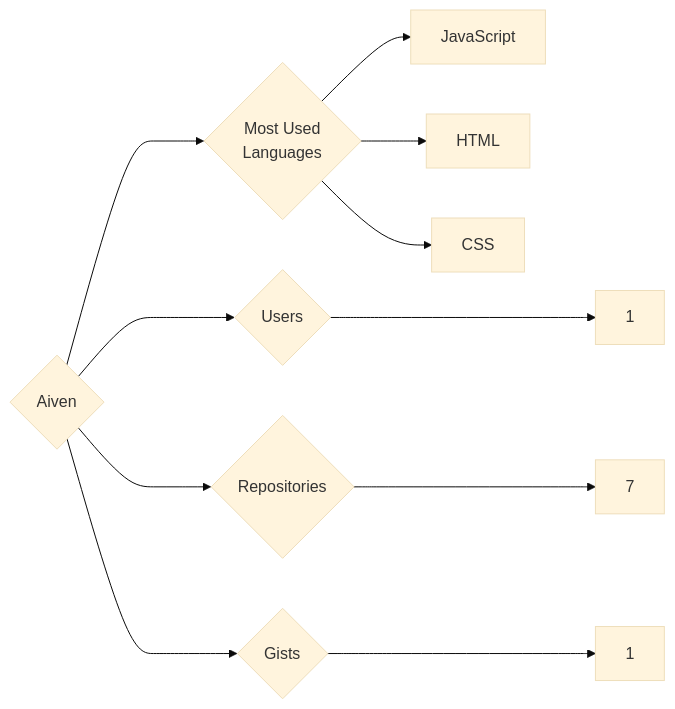
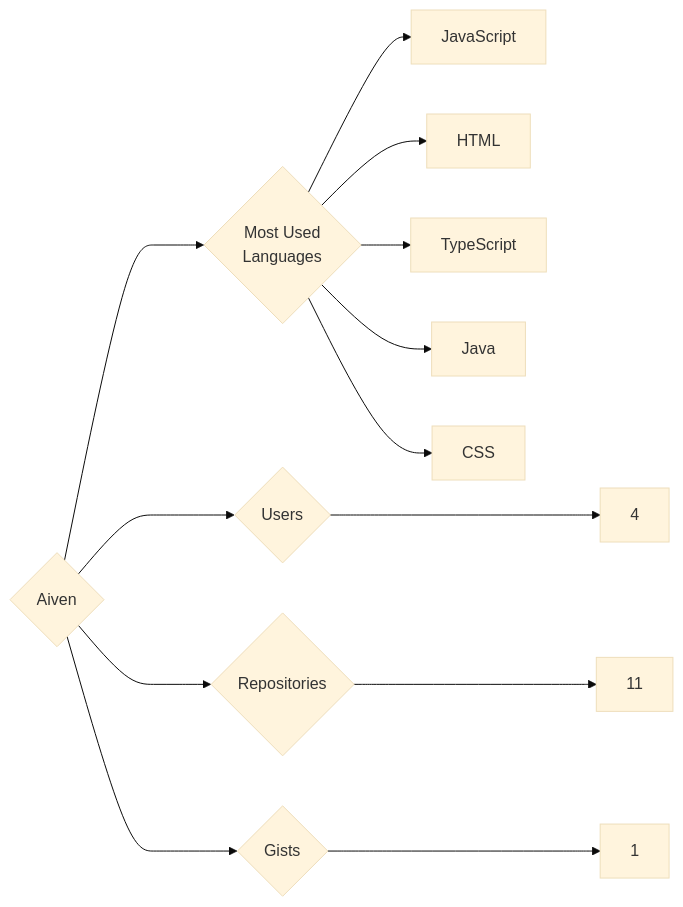
One commit to trickest/insiders changed the diagram in targets/Aiven/README.md. Above: the diagram before and after it, drawn with Mermaid (base theme). The commit also changed 611 other files, not shown here.

````diff
--- a/targets/Aiven/README.md
+++ b/targets/Aiven/README.md
@@ -3,11 +3,13 @@
 ```mermaid
 graph LR
 COMPANY_NAME{Aiven}
-COMPANY_NAME ---> U{Users} ---> UN[1]
-COMPANY_NAME ---> R{Repositories} ---> RN[7]
+COMPANY_NAME ---> U{Users} ---> UN[4]
+COMPANY_NAME ---> R{Repositories} ---> RN[11]
 COMPANY_NAME ---> G{Gists} ---> GN[1]
 COMPANY_NAME ---> ML{Most Used<br>Languages}
 ML --> JavaScript[JavaScript]
 ML --> HTML[HTML]
+ML --> TypeScript[TypeScript]
+ML --> Java[Java]
 ML --> CSS[CSS]
 ```
````
